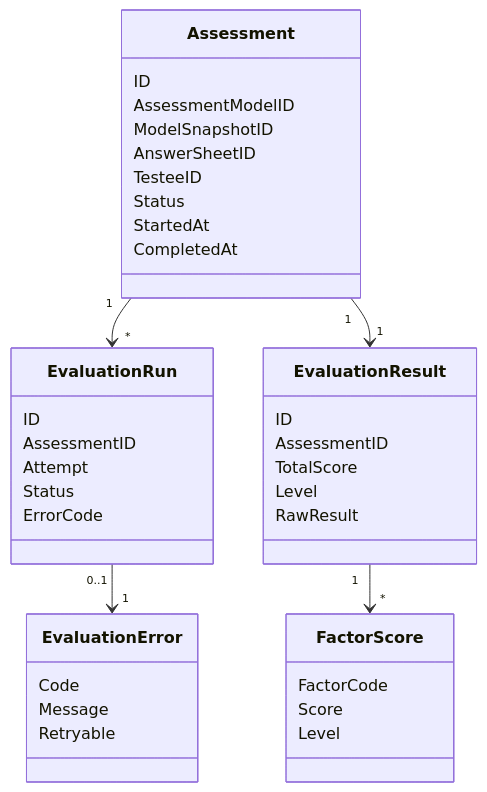
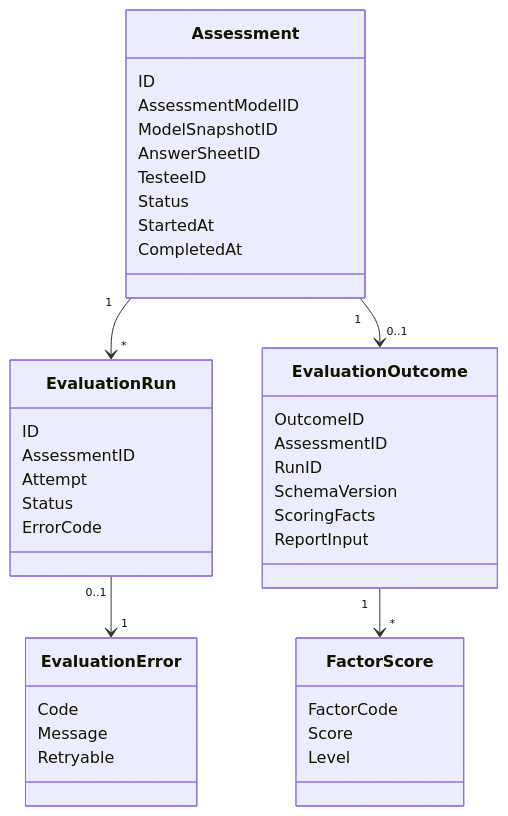
Before and after one commit to FangcunMount/qs-server: the diagram in docs/02-业务模块/30-evaluation/02-领域模型.md, drawn with Mermaid. The commit also changed other lines of this file and 213 other files, not shown here.

````diff
--- a/docs/02-业务模块/30-evaluation/02-领域模型.md
+++ b/docs/02-业务模块/30-evaluation/02-领域模型.md
@@ -11,41 +11,42 @@
 ```mermaid
 classDiagram
     class Assessment {
         ID
         AssessmentModelID
         ModelSnapshotID
         AnswerSheetID
         TesteeID
         Status
         StartedAt
         CompletedAt
     }
     class EvaluationRun {
         ID
         AssessmentID
         Attempt
         Status
         ErrorCode
     }
-    class EvaluationResult {
-        ID
+    class EvaluationOutcome {
+        OutcomeID
         AssessmentID
-        TotalScore
-        Level
-        RawResult
+        RunID
+        SchemaVersion
+        ScoringFacts
+        ReportInput
     }
     class FactorScore {
         FactorCode
         Score
         Level
     }
     class EvaluationError {
         Code
         Message
         Retryable
     }
     Assessment "1" --> "*" EvaluationRun
-    Assessment "1" --> "1" EvaluationResult
-    EvaluationResult "1" --> "*" FactorScore
+    Assessment "1" --> "0..1" EvaluationOutcome
+    EvaluationOutcome "1" --> "*" FactorScore
     EvaluationRun "0..1" --> "1" EvaluationError
 ```
````
